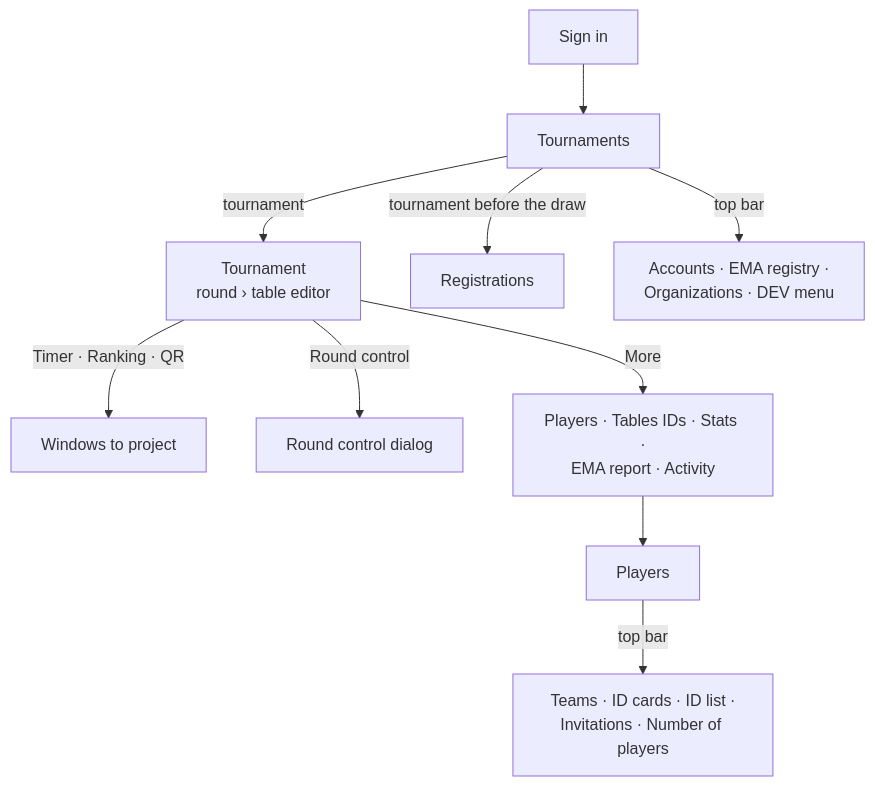
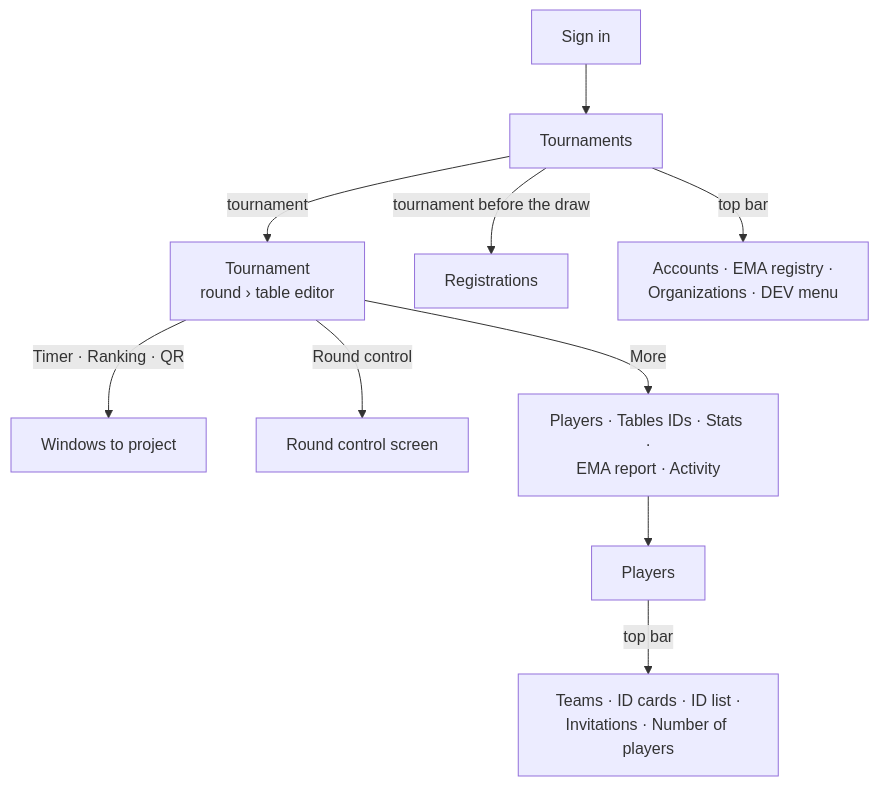
Before and after one commit to ernestovega/MahjongTournamentSuite_KMP: the third of 3 diagrams in docs/architecture/screens.md, drawn with Mermaid. The commit also changed other lines of this file and 71 other files, not shown here.

First line of the commit message:
Round control is a screen of its own, not a dialog

````diff
--- a/docs/architecture/screens.md
+++ b/docs/architecture/screens.md
@@ -72,12 +72,12 @@
 ```mermaid
 flowchart TD
   L["Sign in"] --> T["Tournaments"]
   T -- "tournament" --> E["Tournament<br/>round › table editor"]
   T -- "tournament before the draw" --> REG["Registrations"]
   E -- "Timer · Ranking · QR" --> W["Windows to project"]
-  E -- "Round control" --> RC["Round control dialog"]
+  E -- "Round control" --> RC["Round control screen"]
   E -- "More" --> MORE["Players · Tables IDs · Stats ·<br/>EMA report · Activity"]
   MORE --> PL["Players"]
   PL -- "top bar" --> TE["Teams · ID cards · ID list ·<br/>Invitations · Number of players"]
   T -- "top bar" --> U["Accounts · EMA registry ·<br/>Organizations · DEV menu"]
 ```
````
